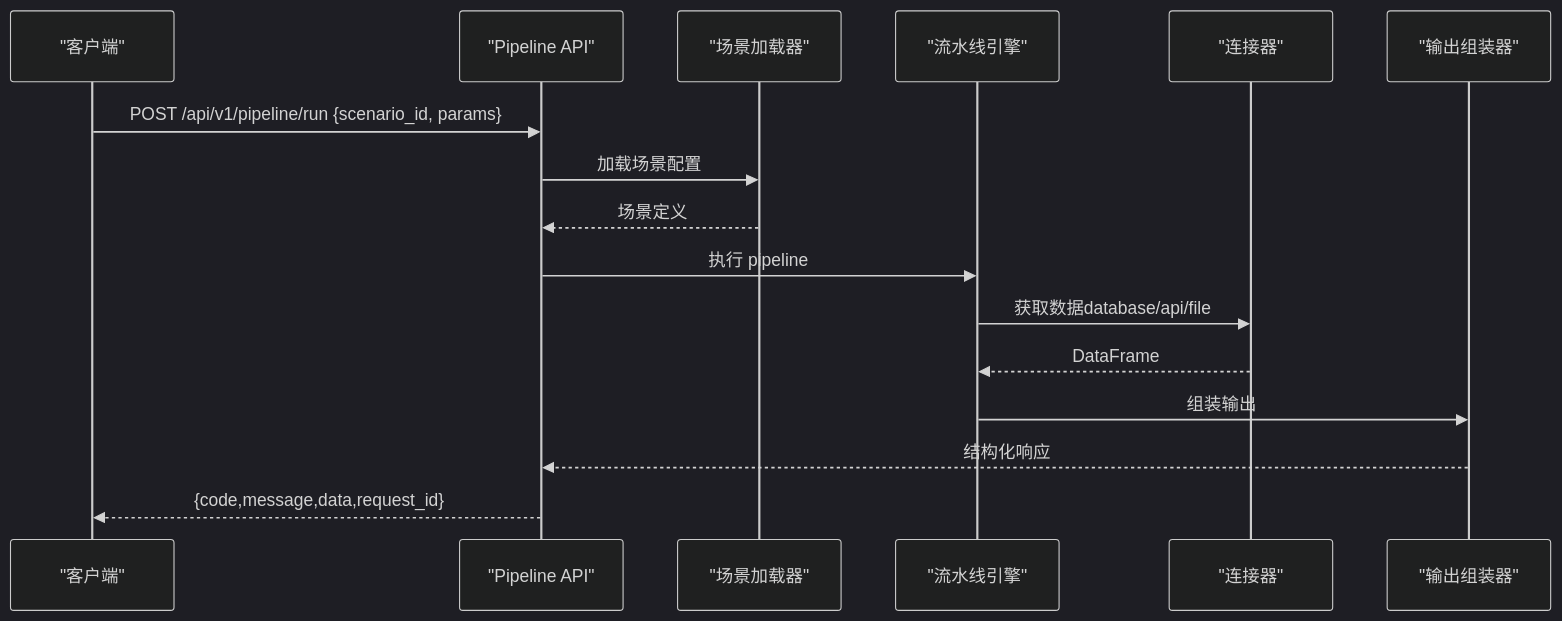
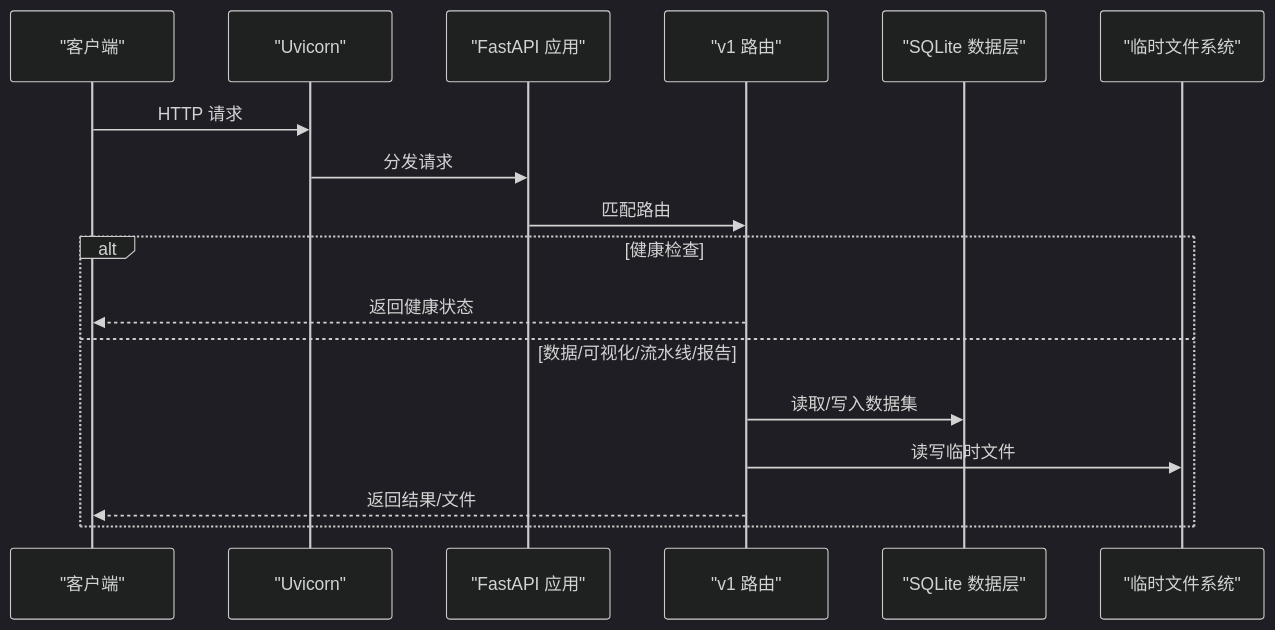
The second of 6 diagrams in .qoder/repowiki/zh/content/部署指南.md (liang996plus/qoder_cn), drawn with Mermaid (dark theme) before and after one commit. The commit also changed other lines of this file and 100 other files, not shown here.

````diff
--- a/.qoder/repowiki/zh/content/部署指南.md
+++ b/.qoder/repowiki/zh/content/部署指南.md
@@ -86,18 +91,19 @@
 ```mermaid
 sequenceDiagram
 participant Client as "客户端"
-participant API as "Pipeline API"
-participant Loader as "场景加载器"
-participant Engine as "流水线引擎"
-participant Conn as "连接器"
-participant Out as "输出组装器"
-Client->>API : POST /api/v1/pipeline/run {scenario_id, params}
-API->>Loader : 加载场景配置
-Loader-->>API : 场景定义
-API->>Engine : 执行 pipeline
-Engine->>Conn : 获取数据database/api/file
-Conn-->>Engine : DataFrame
-Engine->>Out : 组装输出
-Out-->>API : 结构化响应
-API-->>Client : {code,message,data,request_id}
+participant Uvicorn as "Uvicorn"
+participant App as "FastAPI 应用"
+participant Router as "v1 路由"
+participant DB as "SQLite 数据层"
+participant FS as "临时文件系统"
+Client->>Uvicorn : HTTP 请求
+Uvicorn->>App : 分发请求
+App->>Router : 匹配路由
+alt 健康检查
+Router-->>Client : 返回健康状态
+else 数据/可视化/流水线/报告
+Router->>DB : 读取/写入数据集
+Router->>FS : 读写临时文件
+Router-->>Client : 返回结果/文件
+end
 ```
````
